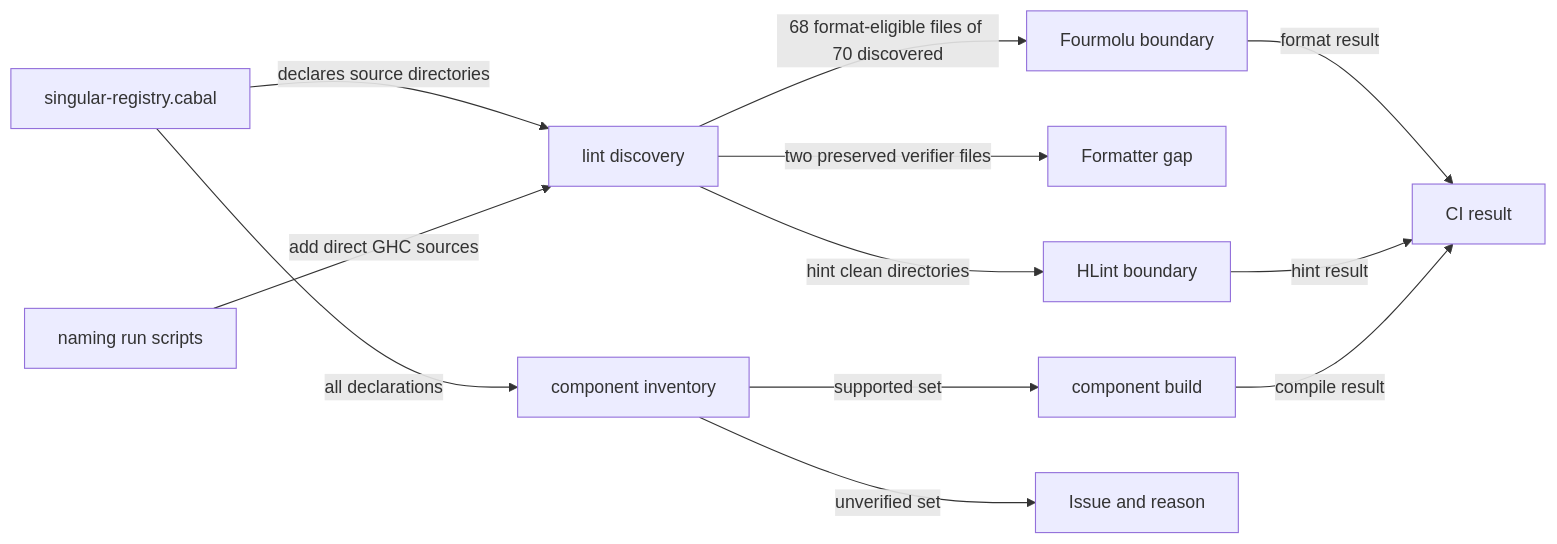
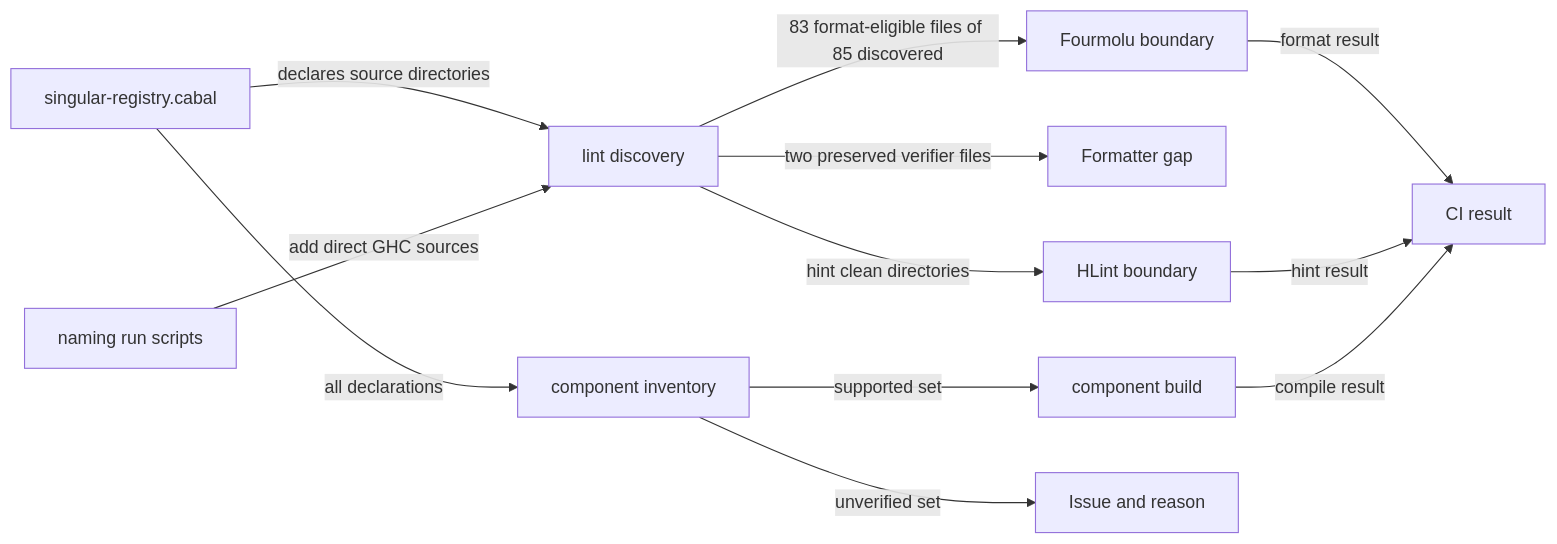
One commit to lambdasistemi/singular changed the diagram in docs/offchain-development.md. Above: the diagram before and after it, drawn with Mermaid. The commit also changed other lines of this file and 4 other files, not shown here.

````diff
--- a/docs/offchain-development.md
+++ b/docs/offchain-development.md
@@ -19,14 +19,14 @@
 ```mermaid
 flowchart LR
     C[singular-registry.cabal] -->|declares source directories| D[lint discovery]
     N[naming run scripts] -->|add direct GHC sources| D
-    D -->|68 format-eligible files of 70 discovered| F[Fourmolu boundary]
+    D -->|83 format-eligible files of 85 discovered| F[Fourmolu boundary]
     D -->|two preserved verifier files| X[Formatter gap]
     D -->|hint clean directories| H[HLint boundary]
     C -->|all declarations| I[component inventory]
     I -->|supported set| B[component build]
     I -->|unverified set| U[Issue and reason]
     F -->|format result| CI[CI result]
     H -->|hint result| CI
     B -->|compile result| CI
 ```
````
